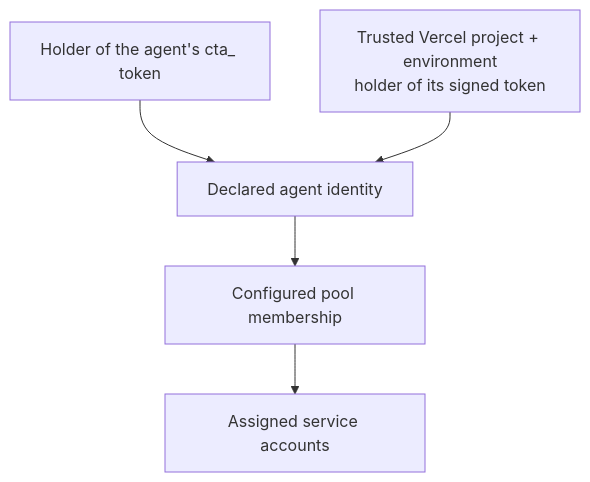
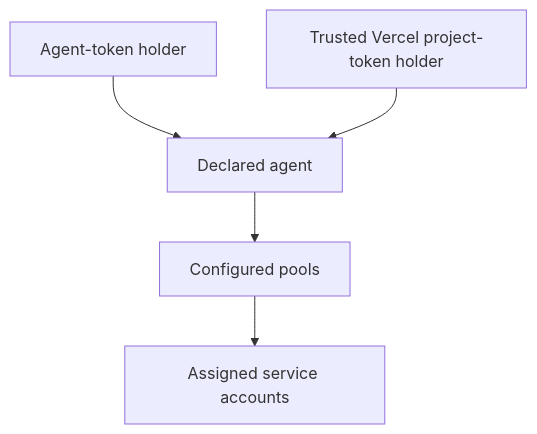
The third of 3 diagrams in guides/safety-and-trust.md (zackbart/connecta), drawn with Mermaid before and after one commit. The commit also changed other lines of this file and 9 other files, not shown here.

````diff
--- a/guides/safety-and-trust.md
+++ b/guides/safety-and-trust.md
@@ -130,7 +115,7 @@
 ```mermaid
 flowchart TB
-    Saved["Holder of the agent's cta_ token"] --> Agent["Declared agent identity"]
-    Project["Trusted Vercel project + environment<br/>holder of its signed token"] --> Agent
-    Agent --> Pool["Configured pool membership"]
-    Pool --> Shared["Assigned service accounts"]
+    Saved["Agent-token holder"] --> Agent["Declared agent"]
+    Project["Trusted Vercel project-token holder"] --> Agent
+    Agent --> Pools["Configured pools"]
+    Pools --> Accounts["Assigned service accounts"]
 ```
````
